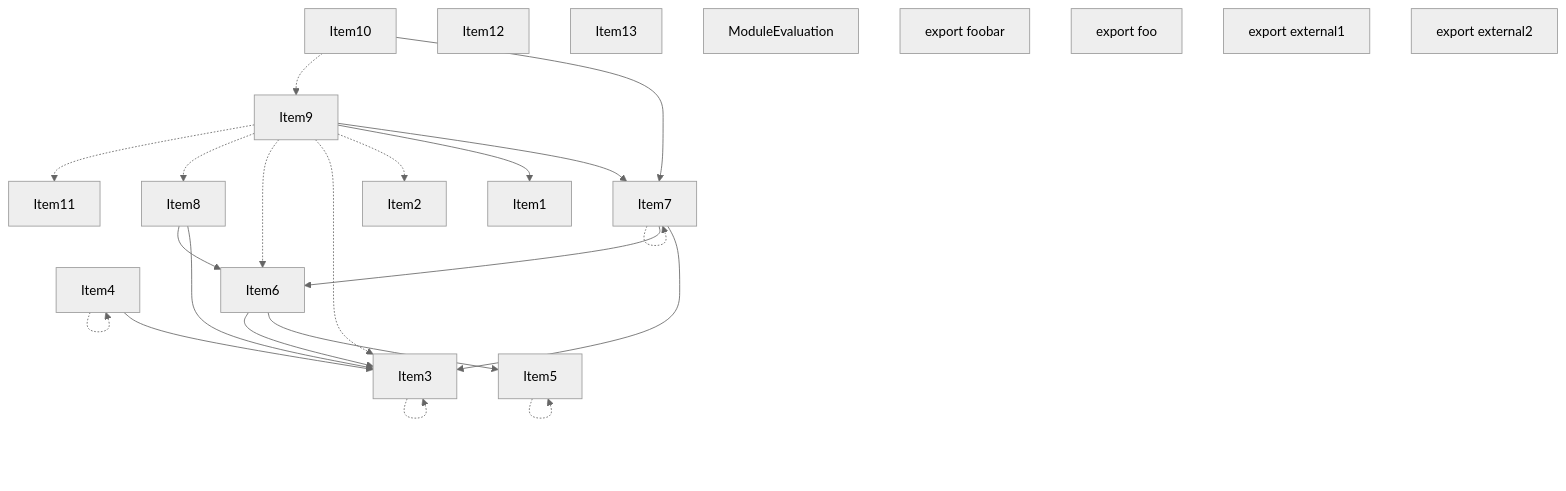
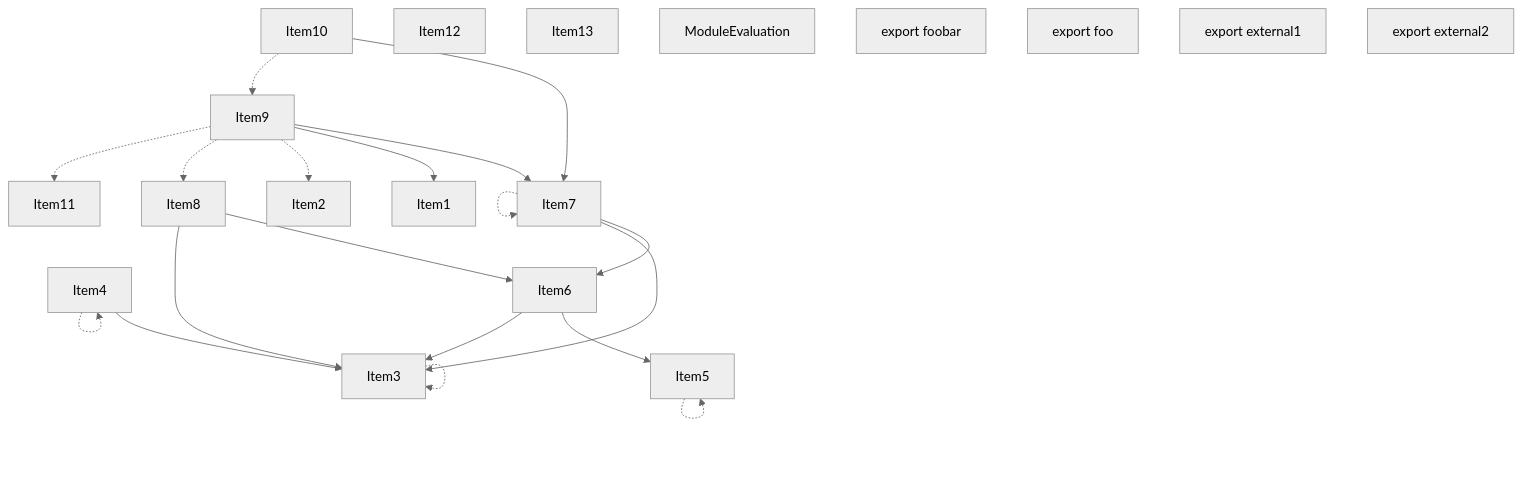
The second of 5 diagrams in crates/turbopack-ecmascript/tests/tree-shaker/analyzer/1/output.md (vercel/turborepo), drawn with Mermaid (neutral theme) before and after one commit. The commit also changed other lines of this file and 20 other files, not shown here.

````diff
--- a/crates/turbopack-ecmascript/tests/tree-shaker/analyzer/1/output.md
+++ b/crates/turbopack-ecmascript/tests/tree-shaker/analyzer/1/output.md
@@ -177,46 +177,44 @@
 ```mermaid
 graph TD
     Item1;
     Item2;
     Item3;
     Item4;
     Item5;
     Item6;
     Item7;
     Item8;
     Item9;
     Item10;
     Item11;
     Item12;
     Item13;
     Item14;
     Item14["ModuleEvaluation"];
     Item15;
     Item15["export foobar"];
     Item16;
     Item16["export foo"];
     Item17;
     Item17["export external1"];
     Item18;
     Item18["export external2"];
     Item3 -.-> Item3;
     Item4 --> Item3;
     Item4 -.-> Item4;
     Item5 -.-> Item5;
     Item6 --> Item5;
     Item6 --> Item3;
+    Item7 --> Item6;
     Item7 --> Item3;
-    Item7 --> Item6;
     Item7 -.-> Item7;
+    Item8 --> Item6;
     Item8 --> Item3;
-    Item8 --> Item6;
     Item9 --> Item7;
     Item9 --> Item1;
     Item9 -.-> Item2;
-    Item9 -.-> Item3;
-    Item9 -.-> Item6;
     Item9 -.-> Item8;
     Item9 -.-> Item11;
     Item10 --> Item7;
     Item10 -.-> Item9;
 ```
````
